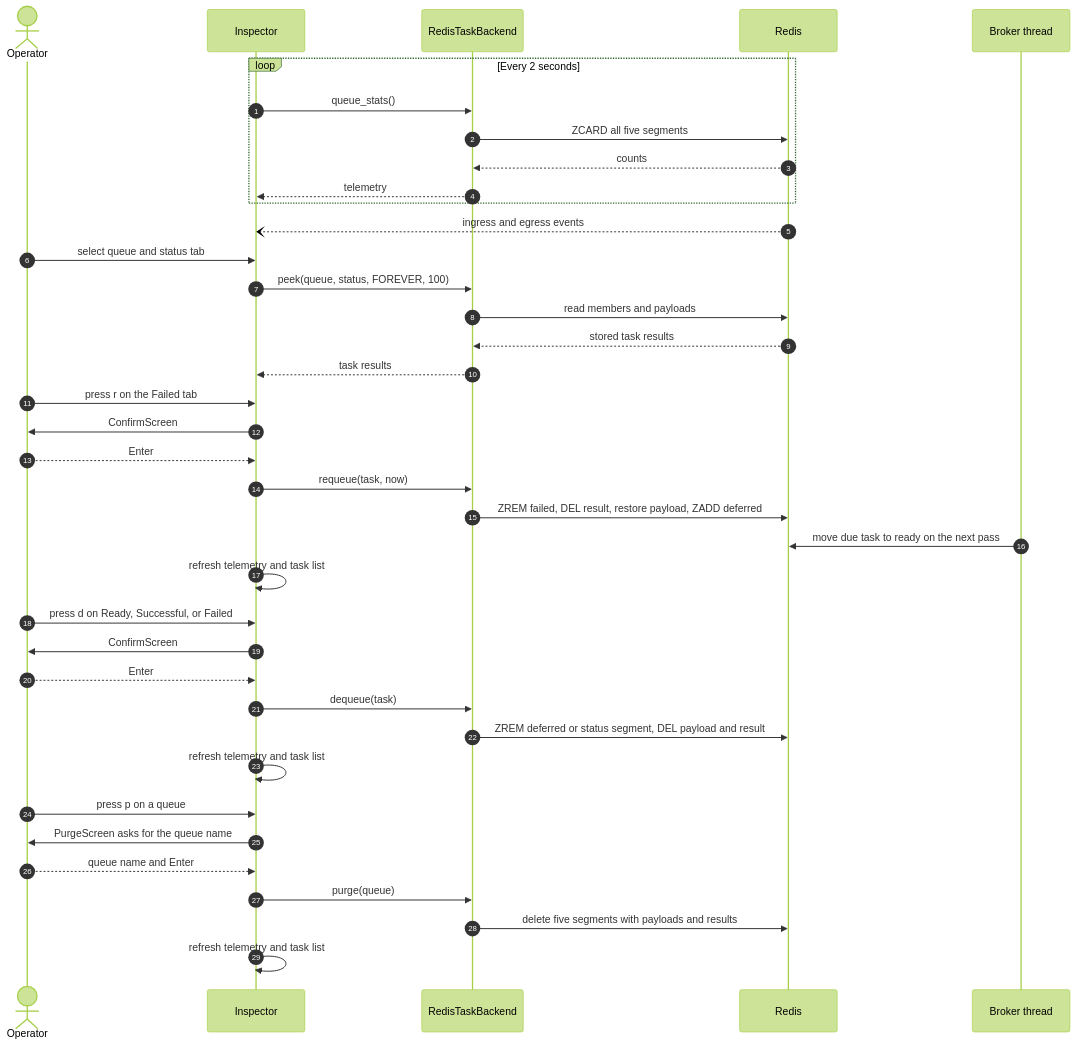
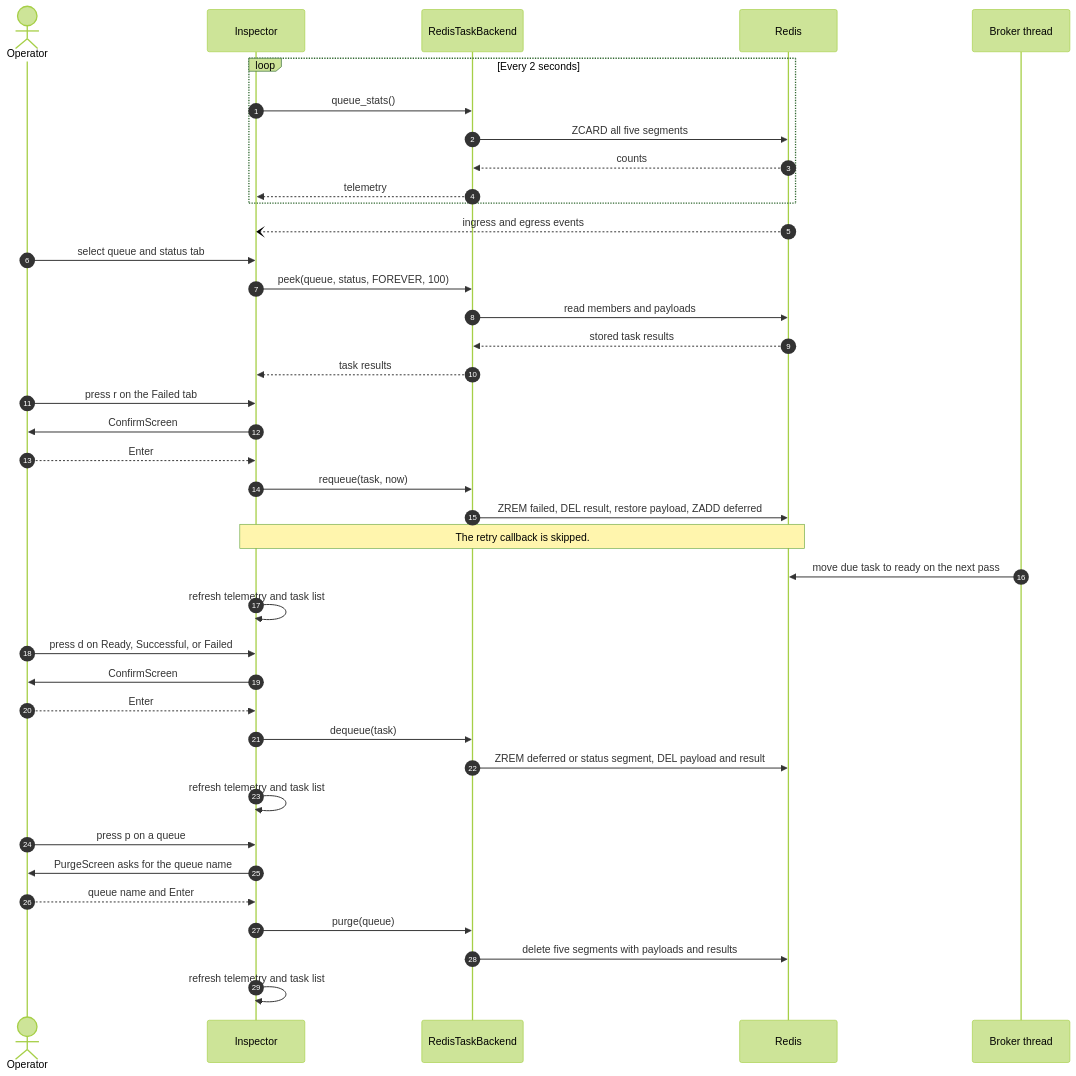
The third of 3 diagrams in CONTRIBUTING.md (codingjoe/threadmill), drawn with Mermaid (forest theme) before and after one commit. The commit also changed other lines of this file, not shown here.

Commit message:
Show retries and terminal success in task diagrams

````diff
--- a/CONTRIBUTING.md
+++ b/CONTRIBUTING.md
@@ -113,46 +152,47 @@
 ```mermaid
 sequenceDiagram
     autonumber
     actor Operator
     participant Inspector
     participant Backend as RedisTaskBackend
     participant Redis
     participant Broker as Broker thread
 
     loop Every 2 seconds
         Inspector->>Backend: queue_stats()
         Backend->>Redis: ZCARD all five segments
         Redis-->>Backend: counts
         Backend-->>Inspector: telemetry
     end
 
     Redis--)Inspector: ingress and egress events
 
     Operator->>Inspector: select queue and status tab
     Inspector->>Backend: peek(queue, status, FOREVER, 100)
     Backend->>Redis: read members and payloads
     Redis-->>Backend: stored task results
     Backend-->>Inspector: task results
 
     Operator->>Inspector: press r on the Failed tab
     Inspector->>Operator: ConfirmScreen
     Operator-->>Inspector: Enter
     Inspector->>Backend: requeue(task, now)
     Backend->>Redis: ZREM failed, DEL result, restore payload, ZADD deferred
+    Note over Inspector,Redis: The retry callback is skipped.
     Broker->>Redis: move due task to ready on the next pass
     Inspector->>Inspector: refresh telemetry and task list
 
     Operator->>Inspector: press d on Ready, Successful, or Failed
     Inspector->>Operator: ConfirmScreen
     Operator-->>Inspector: Enter
     Inspector->>Backend: dequeue(task)
     Backend->>Redis: ZREM deferred or status segment, DEL payload and result
     Inspector->>Inspector: refresh telemetry and task list
 
     Operator->>Inspector: press p on a queue
     Inspector->>Operator: PurgeScreen asks for the queue name
     Operator-->>Inspector: queue name and Enter
     Inspector->>Backend: purge(queue)
     Backend->>Redis: delete five segments with payloads and results
     Inspector->>Inspector: refresh telemetry and task list
 ```
````
